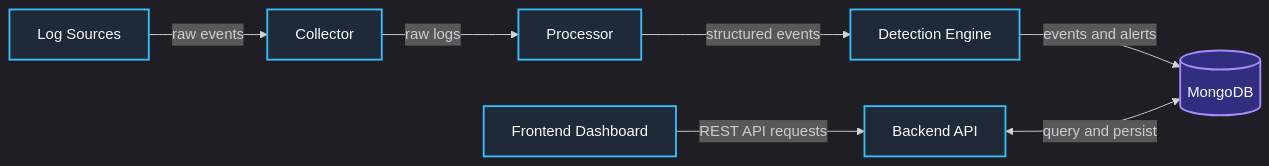
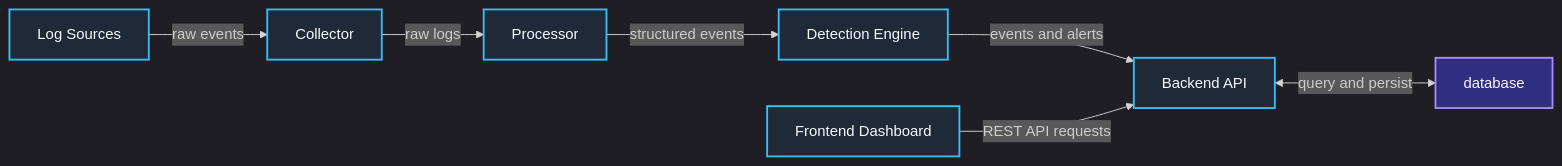
Before and after one commit to Ovotron-net/SentinelSIEM: the first of 2 diagrams in docs/architecture/system-overview.md, drawn with Mermaid. The commit also changed other lines of this file, not shown here.

Commit message:
Align architecture diagrams with backend persistence

````diff
--- a/docs/architecture/system-overview.md
+++ b/docs/architecture/system-overview.md
@@ -21,15 +21,15 @@
 ```mermaid
 %%{init: {"theme": "dark"}}%%
 flowchart LR
     sources[Log Sources] -->|raw events| collector[Collector]
     collector -->|raw logs| processor[Processor]
     processor -->|structured events| detection[Detection Engine]
-    detection -->|events and alerts| database[(MongoDB)]
+    detection -->|events and alerts| backend
     backend[Backend API] <-->|query and persist| database
     frontend[Frontend Dashboard] -->|REST API requests| backend
 
     classDef component fill:#1f2937,stroke:#38bdf8,color:#f8fafc,stroke-width:2px
     classDef storage fill:#312e81,stroke:#a78bfa,color:#f8fafc,stroke-width:2px
     class sources,collector,processor,detection,backend,frontend component
     class database storage
 ```
````
